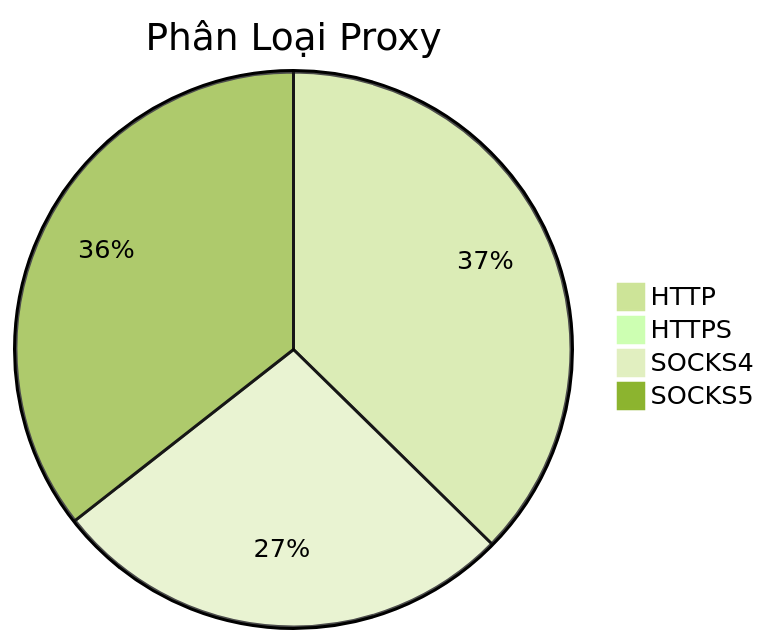
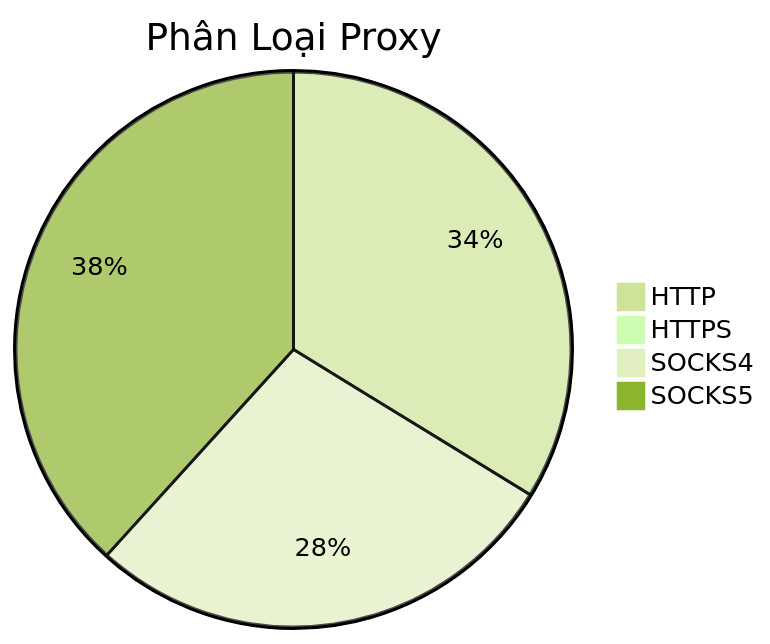
Before and after one commit to Ciara-12/PROXY-free: the diagram in README.md, drawn with Mermaid (forest theme). The commit also changed other lines of this file and 3 other files, not shown here.

````diff
--- a/README.md
+++ b/README.md
@@ -26,7 +26,7 @@
 ```mermaid
 pie title Phân Loại Proxy
-    "HTTP" : 444
+    "HTTP" : 449
     "HTTPS" : 0
-    "SOCKS4" : 322
-    "SOCKS5" : 423
+    "SOCKS4" : 372
+    "SOCKS5" : 509
 ```
````
